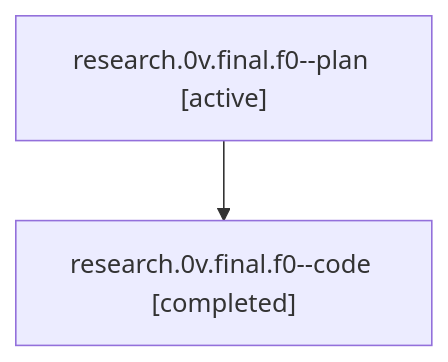
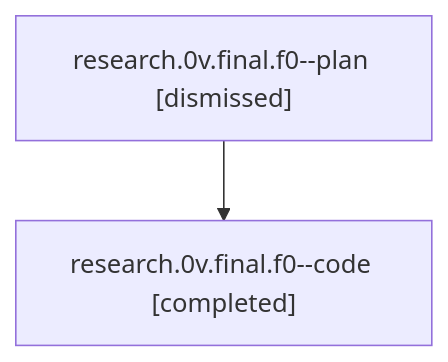
The diagram in sessions/bbugyi200.athena.research.0v.final.f0.md (sase-org/sase--agents), drawn with Mermaid before and after one commit. The commit also changed other lines of this file and 1349 other files, not shown here.

````diff
--- a/sessions/bbugyi200.athena.research.0v.final.f0.md
+++ b/sessions/bbugyi200.athena.research.0v.final.f0.md
@@ -9,6 +9,6 @@
 ```mermaid
 flowchart TD
-  n0["research.0v.final.f0--plan [active]"]
+  n0["research.0v.final.f0--plan [dismissed]"]
   n1["research.0v.final.f0--code [completed]"]
   n0 --> n1
 ```
````
